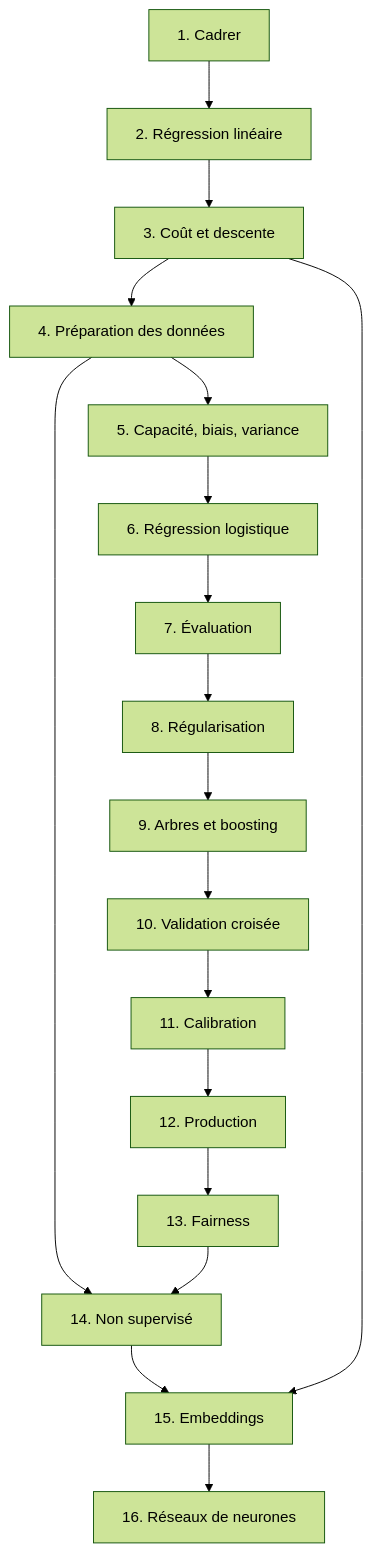
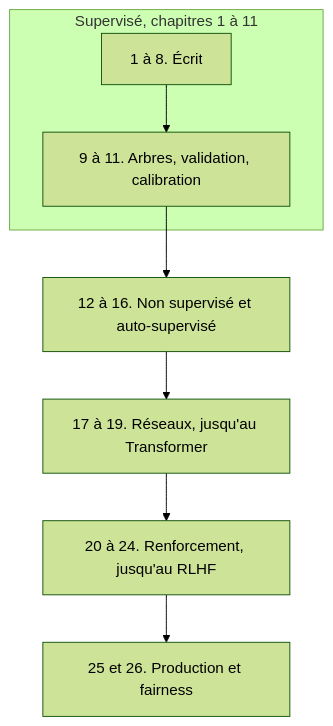
The diagram in fondamentaux-machine-learning/PLAN.md (jrcligny/ai-generated-books), drawn with Mermaid (forest theme) before and after one commit. The commit also changed other lines of this file and 9 other files, not shown here.

````diff
--- a/fondamentaux-machine-learning/PLAN.md
+++ b/fondamentaux-machine-learning/PLAN.md
@@ -80,20 +86,10 @@
 ```mermaid
 flowchart TD
-  c1["1. Cadrer"] --> c2["2. Régression linéaire"]
-  c2 --> c3["3. Coût et descente"]
-  c3 --> c4["4. Préparation des données"]
-  c4 --> c5["5. Capacité, biais, variance"]
-  c5 --> c6["6. Régression logistique"]
-  c6 --> c7["7. Évaluation"]
-  c7 --> c8["8. Régularisation"]
-  c8 --> c9["9. Arbres et boosting"]
-  c9 --> c10["10. Validation croisée"]
-  c10 --> c11["11. Calibration"]
-  c11 --> c12["12. Production"]
-  c12 --> c13["13. Fairness"]
-  c4 --> c14["14. Non supervisé"]
-  c13 --> c14
-  c14 --> c15["15. Embeddings"]
-  c3 --> c15
-  c15 --> c16["16. Réseaux de neurones"]
+  subgraph sup [Supervisé, chapitres 1 à 11]
+    c1["1 à 8. Écrit"] --> c9["9 à 11. Arbres, validation, calibration"]
+  end
+  c9 --> c12["12 à 16. Non supervisé et auto-supervisé"]
+  c12 --> c17["17 à 19. Réseaux, jusqu'au Transformer"]
+  c17 --> c20["20 à 24. Renforcement, jusqu'au RLHF"]
+  c20 --> c25["25 et 26. Production et fairness"]
 ```
````
